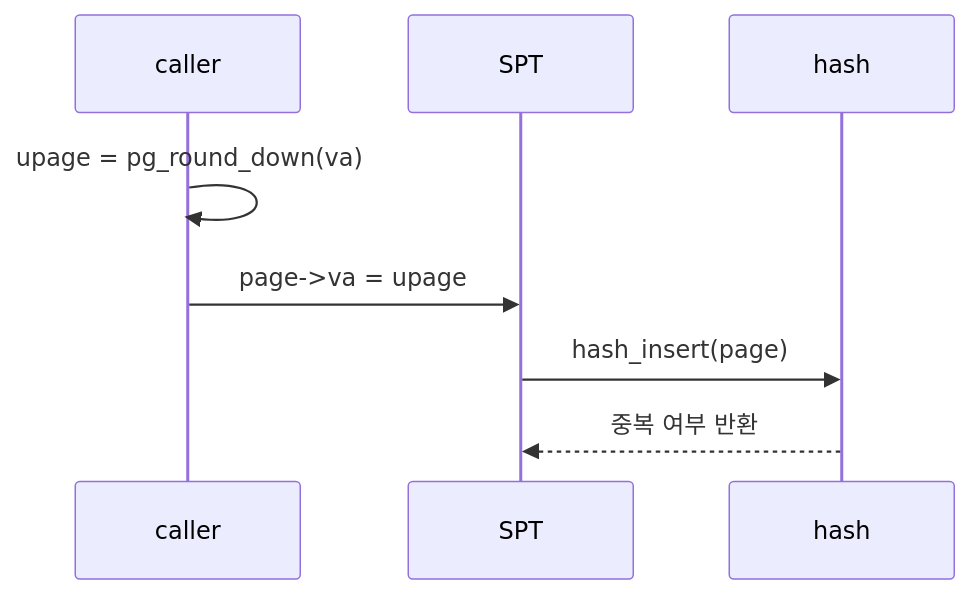
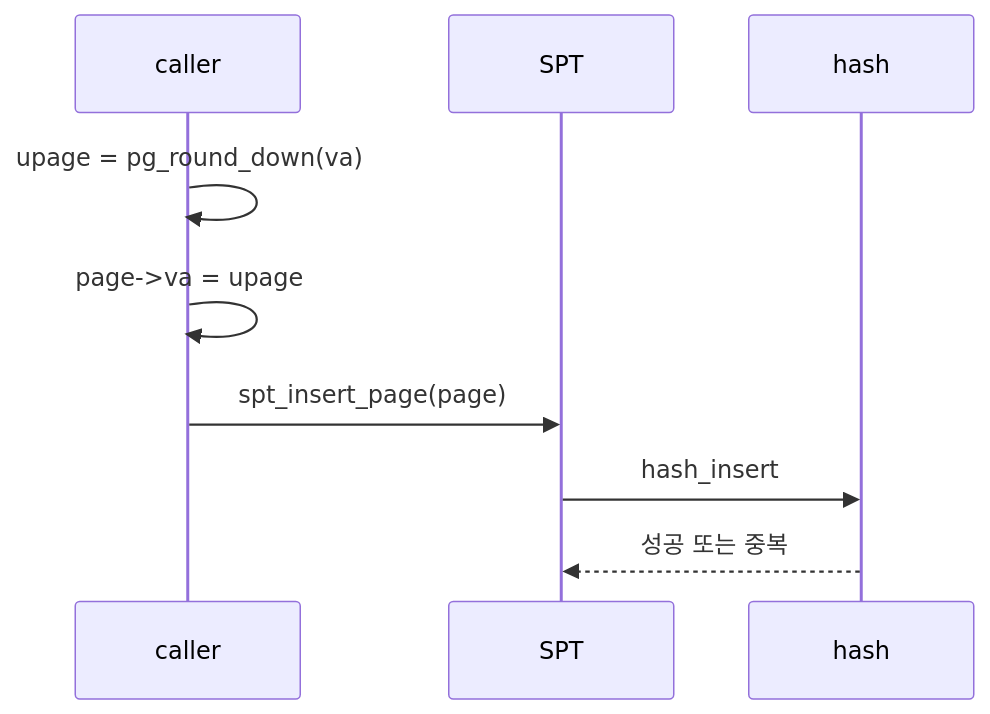
The first of 4 diagrams in pintos/doc/taejung_files/3. week3/study/3. test-notes/1. Memory Management/1. feature/02-feature-page-structure-and-hash-key.md (tail1887/PINTOS-VM), drawn with Mermaid before and after one commit. The commit also changed other lines of this file and 19 other files, not shown here.

````diff
--- a/pintos/doc/taejung_files/3. week3/study/3. test-notes/1. Memory Management/1. feature/02-feature-page-structure-and-hash-key.md
+++ b/pintos/doc/taejung_files/3. week3/study/3. test-notes/1. Memory Management/1. feature/02-feature-page-structure-and-hash-key.md
@@ -29,11 +23,12 @@
 ```mermaid
 sequenceDiagram
   participant C as caller
   participant S as SPT
   participant H as hash
 
   C->>C: upage = pg_round_down(va)
-  C->>S: page->va = upage
-  S->>H: hash_insert(page)
-  H-->>S: 중복 여부 반환
+  C->>C: page->va = upage
+  C->>S: spt_insert_page(page)
+  S->>H: hash_insert
+  H-->>S: 성공 또는 중복
 ```
````
